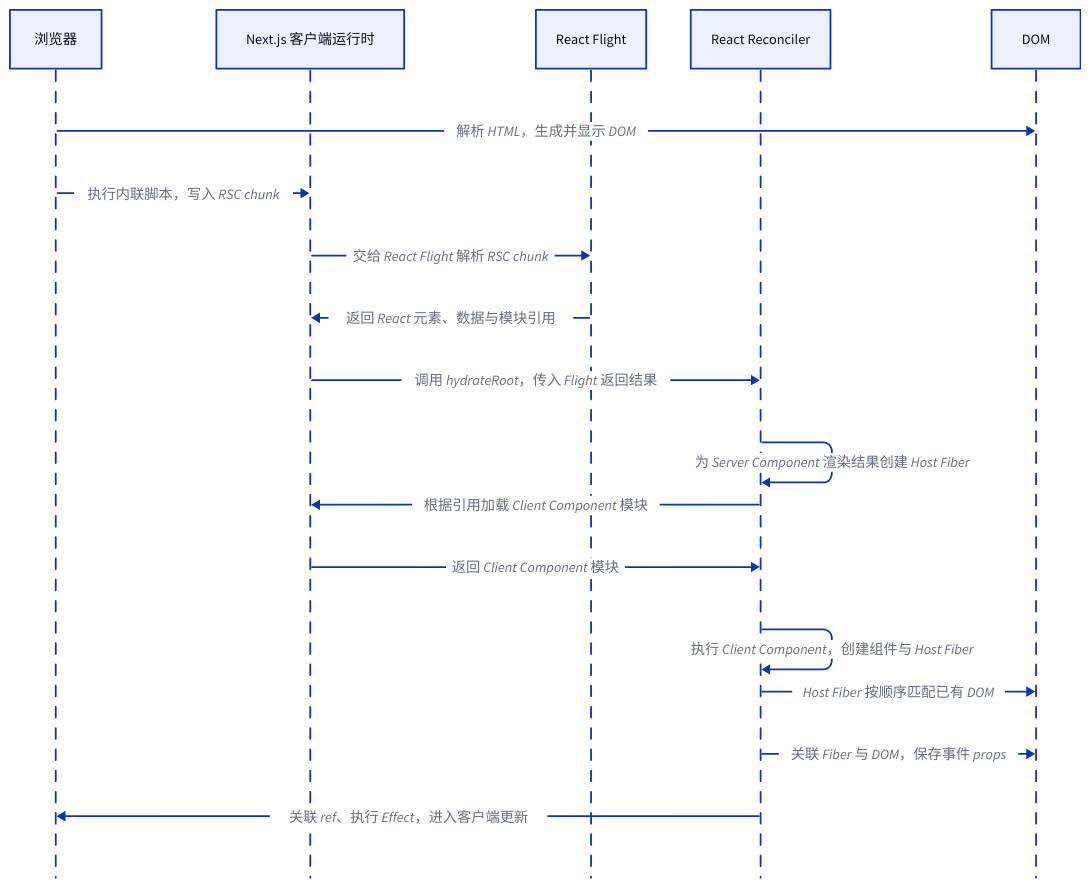
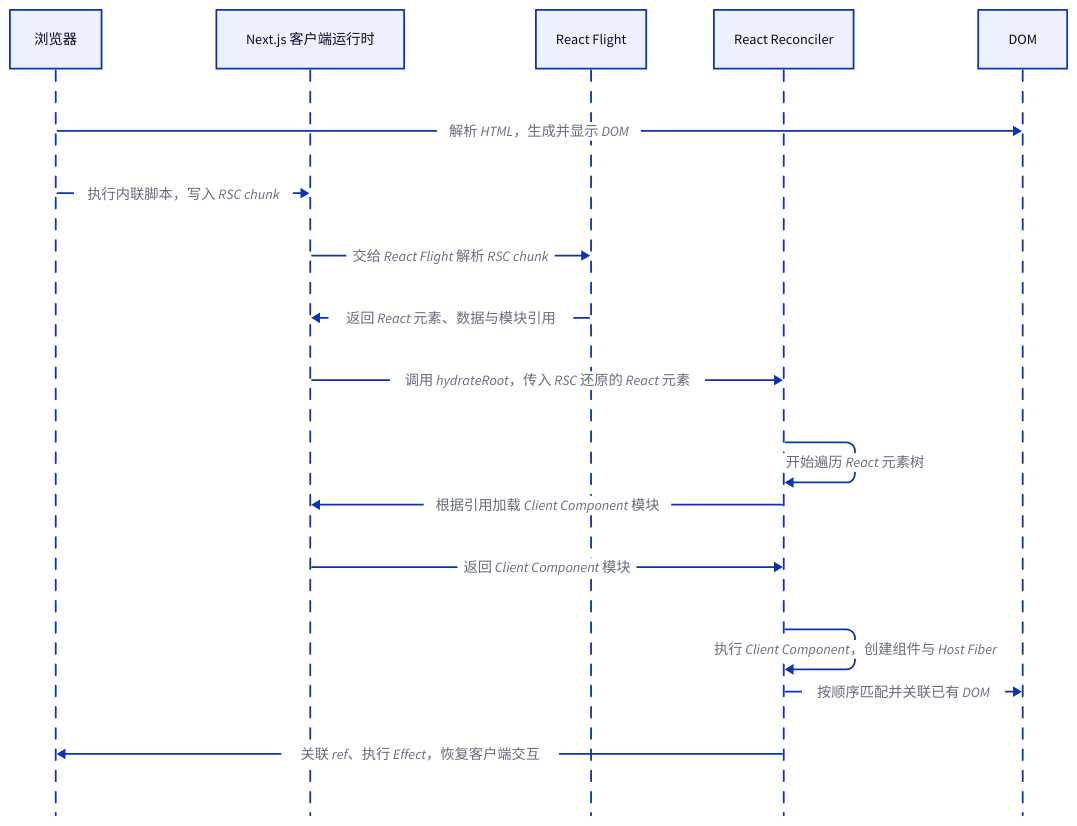
The second of 3 diagrams in apps/docs/experiences/BFF/Next.js 渲染机制.md (youngluo/thinking), drawn with D2 before and after one commit. The commit also changed other lines of this file and 15 other files, not shown here.

````diff
--- a/apps/docs/experiences/BFF/Next.js 渲染机制.md
+++ b/apps/docs/experiences/BFF/Next.js 渲染机制.md
@@ -108,22 +107,21 @@
 ```d2 maxHeight=520
 shape: sequence_diagram
 
 browser: 浏览器
 runtime: Next.js 客户端运行时
 flight: React Flight
 reconciler: React Reconciler
 dom: DOM
 
 browser -> dom: 解析 HTML，生成并显示 DOM
 browser -> runtime: 执行内联脚本，写入 RSC chunk
 runtime -> flight: 交给 React Flight 解析 RSC chunk
 flight -> runtime: 返回 React 元素、数据与模块引用
-runtime -> reconciler: 调用 hydrateRoot，传入 Flight 返回结果
-reconciler -> reconciler: 为 Server Component 渲染结果创建 Host Fiber
+runtime -> reconciler: 调用 hydrateRoot，传入 RSC 还原的 React 元素
+reconciler -> reconciler: 开始遍历 React 元素树
 reconciler -> runtime: 根据引用加载 Client Component 模块
 runtime -> reconciler: 返回 Client Component 模块
 reconciler -> reconciler: 执行 Client Component，创建组件与 Host Fiber
-reconciler -> dom: Host Fiber 按顺序匹配已有 DOM
-reconciler -> dom: 关联 Fiber 与 DOM，保存事件 props
-reconciler -> browser: 关联 ref、执行 Effect，进入客户端更新
+reconciler -> dom: 按顺序匹配并关联已有 DOM
+reconciler -> browser: 关联 ref、执行 Effect，恢复客户端交互
 ```
````
